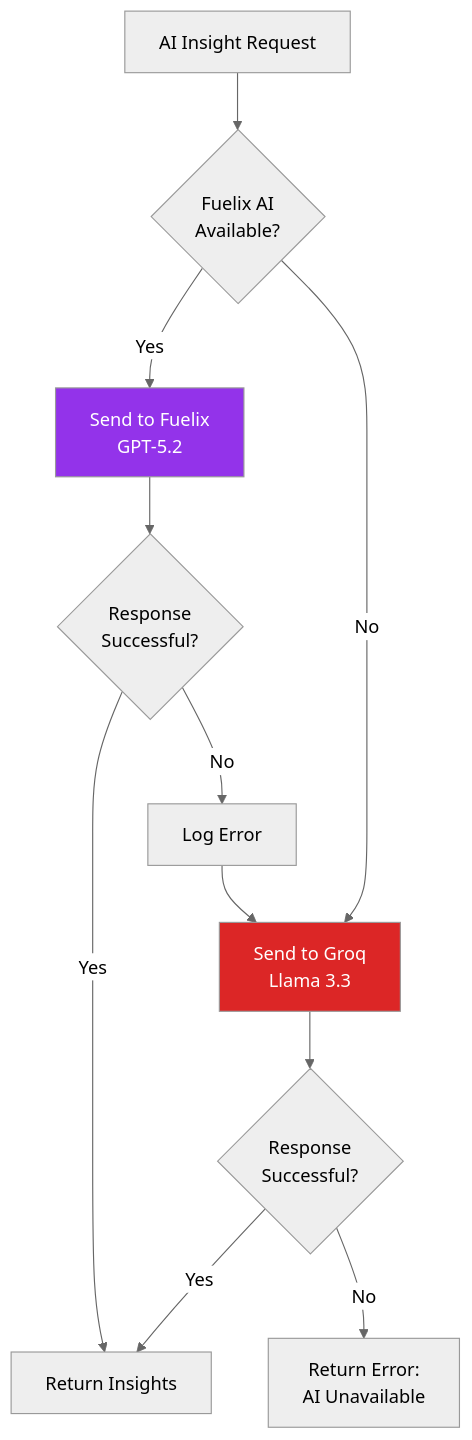
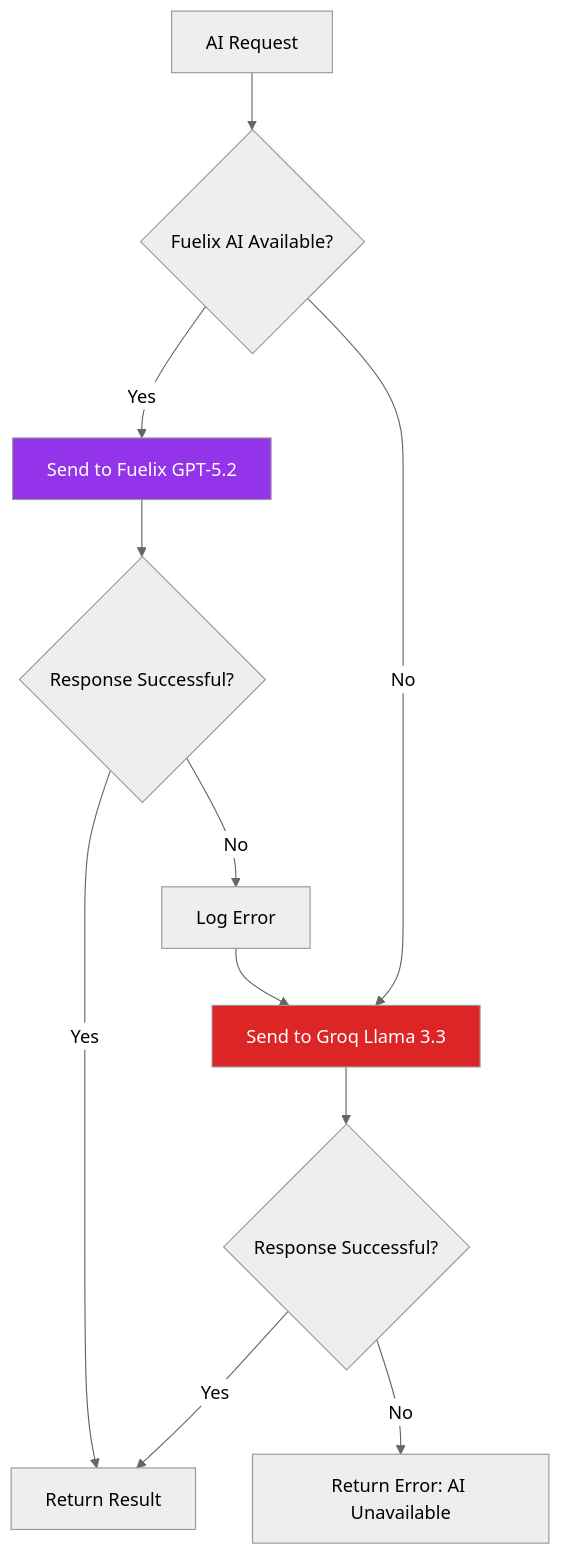
One commit to ritwikvats/creatoriq changed the tenth of 14 diagrams in TECHNICAL_DOCUMENTATION.md. Above: the diagram before and after it, drawn with Mermaid (neutral theme). The commit also changed other lines of this file and 1 other file, not shown here.

````diff
--- a/TECHNICAL_DOCUMENTATION.md
+++ b/TECHNICAL_DOCUMENTATION.md
@@ -565,16 +741,16 @@
 ```mermaid
 flowchart TD
-    A[AI Insight Request] --> B{Fuelix AI<br/>Available?}
-    B -->|Yes| C[Send to Fuelix<br/>GPT-5.2]
-    B -->|No| D[Send to Groq<br/>Llama 3.3]
-    C --> E{Response<br/>Successful?}
-    E -->|Yes| F[Return Insights]
+    A[AI Request] --> B{Fuelix AI Available?}
+    B -->|Yes| C[Send to Fuelix GPT-5.2]
+    B -->|No| D[Send to Groq Llama 3.3]
+    C --> E{Response Successful?}
+    E -->|Yes| F[Return Result]
     E -->|No| G[Log Error]
     G --> D
-    D --> H{Response<br/>Successful?}
+    D --> H{Response Successful?}
     H -->|Yes| F
-    H -->|No| I[Return Error:<br/>AI Unavailable]
+    H -->|No| I[Return Error: AI Unavailable]
 
     style C fill:#9333EA,color:#fff
     style D fill:#DC2626,color:#fff
 ```
````
